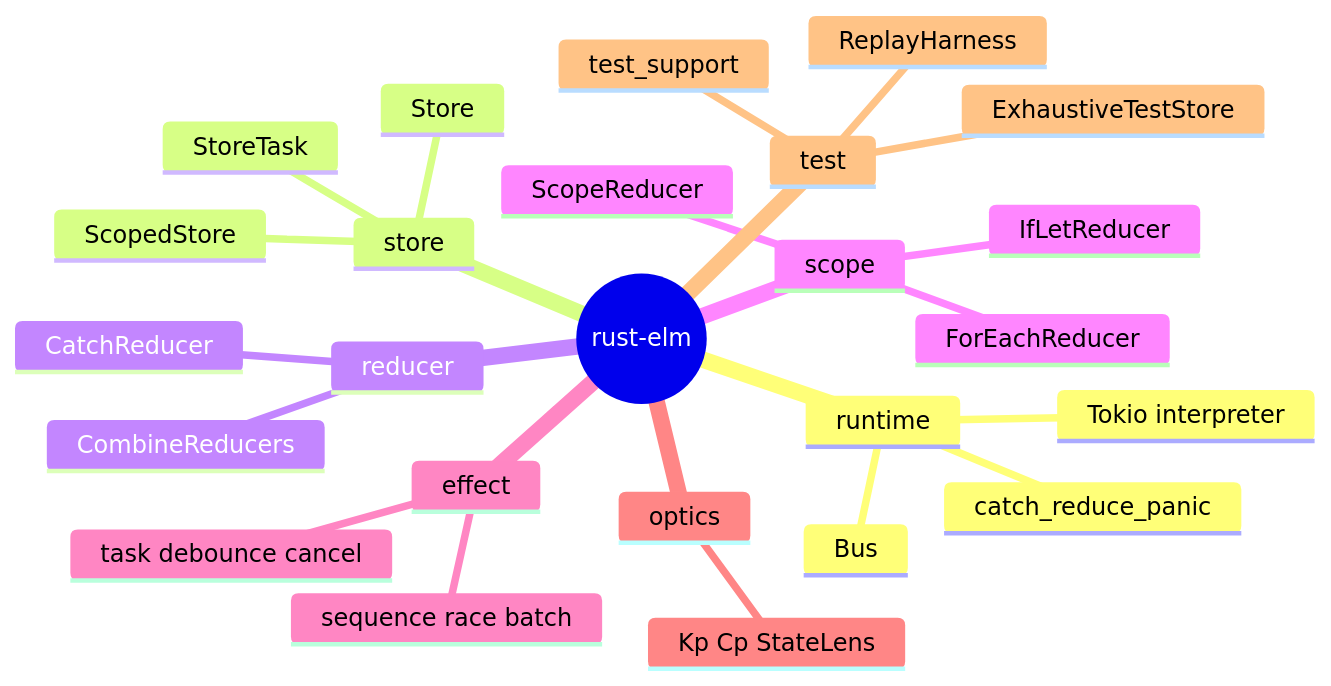
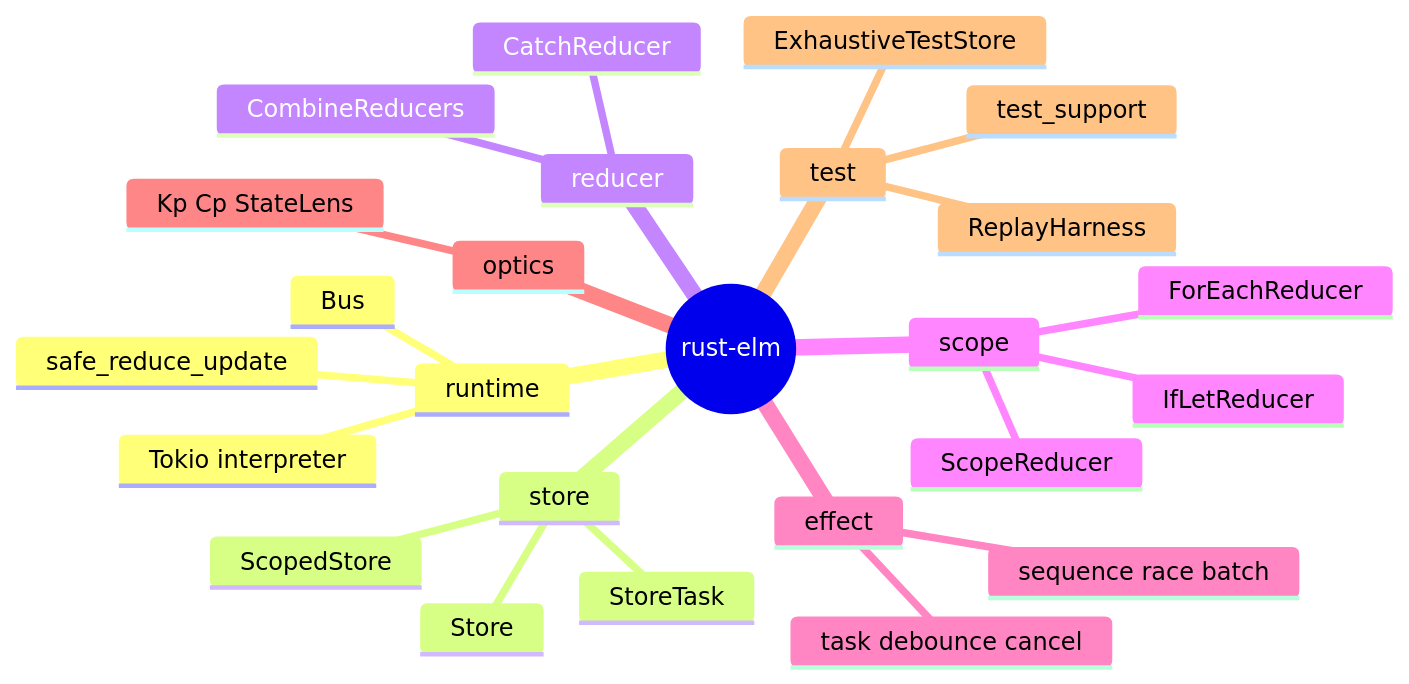
The eighth of 8 diagrams in rust-elm/book/architecture.md (akashsoni01/rust-key-paths), drawn with Mermaid before and after one commit. The commit also changed other lines of this file and 13 other files, not shown here.

Commit message:
safe reduce added

````diff
--- a/rust-elm/book/architecture.md
+++ b/rust-elm/book/architecture.md
@@ -341,28 +341,28 @@
 ```mermaid
 mindmap
   root((rust-elm))
     runtime
       Bus
       Tokio interpreter
-      catch_reduce_panic
+      safe_reduce_update
     store
       Store
       ScopedStore
       StoreTask
     reducer
       CombineReducers
       CatchReducer
     scope
       ScopeReducer
       IfLetReducer
       ForEachReducer
     effect
       task debounce cancel
       sequence race batch
     optics
       Kp Cp StateLens
     test
       ExhaustiveTestStore
       ReplayHarness
       test_support
 ```
````
